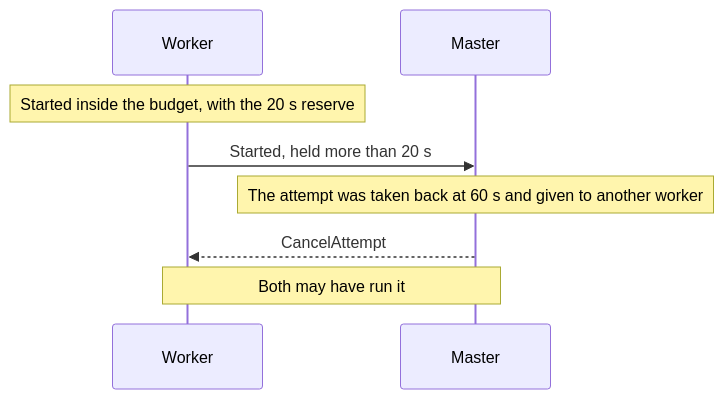
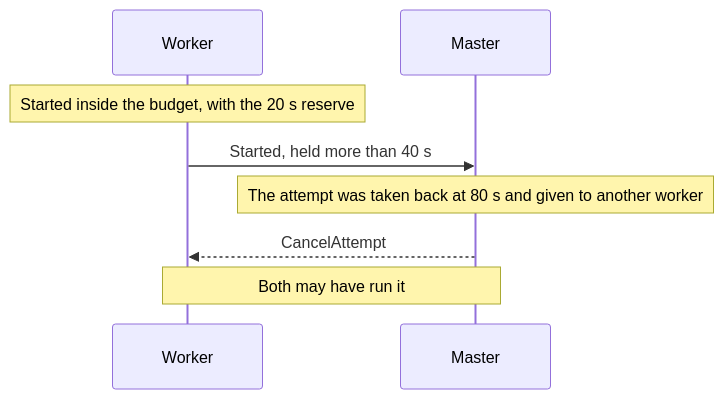
One commit to ptutak/schedr changed diagram 22 of 23 in docs/03-guide/17-master-clock.md. Above: the diagram before and after it, drawn with Mermaid. The commit also changed other lines of this file and 45 other files, not shown here.

````diff
--- a/docs/03-guide/17-master-clock.md
+++ b/docs/03-guide/17-master-clock.md
@@ -359,10 +444,10 @@
 ```{mermaid}
 sequenceDiagram
     participant W as Worker
     participant M as Master
     Note over W: Started inside the budget, with the 20 s reserve
-    W->>M: Started, held more than 20 s
-    Note over M: The attempt was taken back at 60 s and given to another worker
+    W->>M: Started, held more than 40 s
+    Note over M: The attempt was taken back at 80 s and given to another worker
     M-->>W: CancelAttempt
     Note over W,M: Both may have run it
 ```
````
